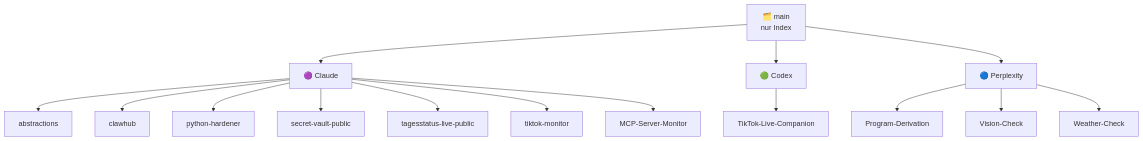
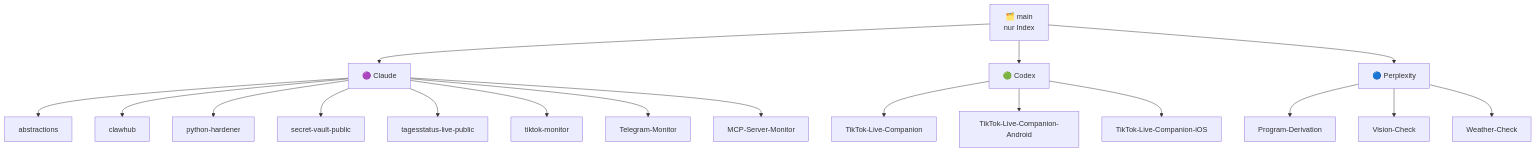
Before and after one commit to KikiKari/Projects: the diagram in README.md, drawn with Mermaid. The commit also changed other lines of this file, not shown here.

````diff
--- a/README.md
+++ b/README.md
@@ -28,21 +25,24 @@
 ```mermaid
 flowchart TD
     MAIN["🗂️ main<br/>nur Index"]
     MAIN --> CL["🟣 Claude"]
     MAIN --> CX["🟢 Codex"]
     MAIN --> PX["🔵 Perplexity"]
 
     CL --> A["abstractions"]
     CL --> B["clawhub"]
     CL --> C["python-hardener"]
     CL --> D["secret-vault-public"]
     CL --> E["tagesstatus-live-public"]
     CL --> F["tiktok-monitor"]
-    CL --> K["MCP-Server-Monitor"]
+    CL --> G["Telegram-Monitor"]
+    CL --> H["MCP-Server-Monitor"]
 
-    CX --> J["TikTok-Live-Companion"]
+    CX --> I["TikTok-Live-Companion"]
+    CX --> J["TikTok-Live-Companion-Android"]
+    CX --> K["TikTok-Live-Companion-iOS"]
 
-    PX --> G["Program-Derivation"]
-    PX --> H["Vision-Check"]
-    PX --> I["Weather-Check"]
+    PX --> L["Program-Derivation"]
+    PX --> M["Vision-Check"]
+    PX --> N["Weather-Check"]
 ```
````
